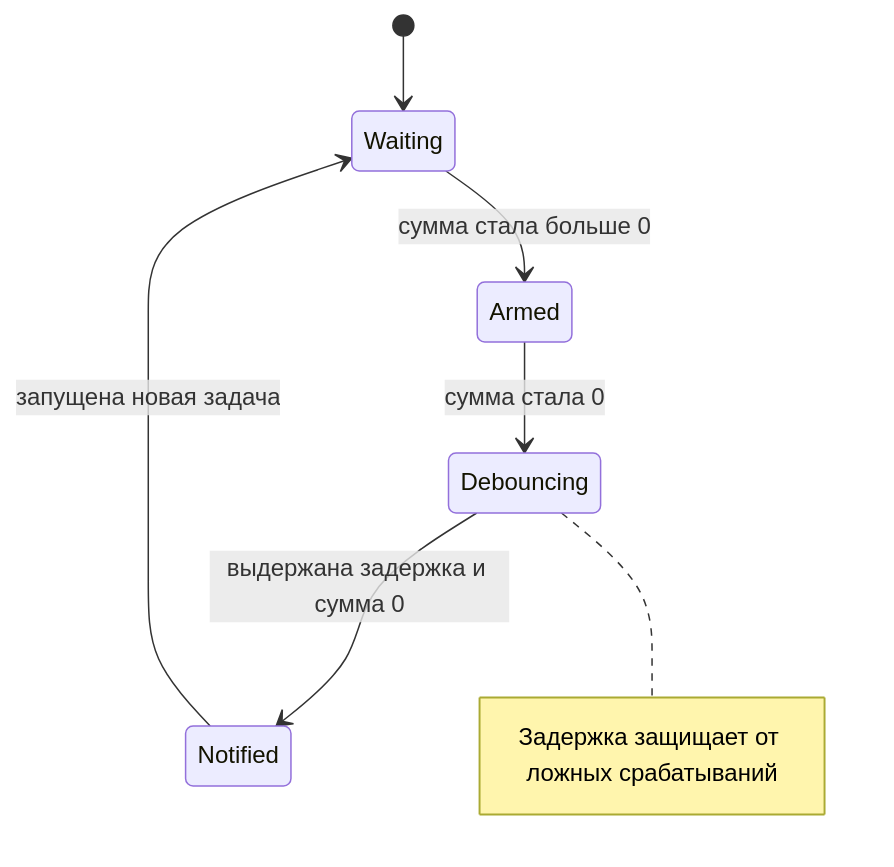
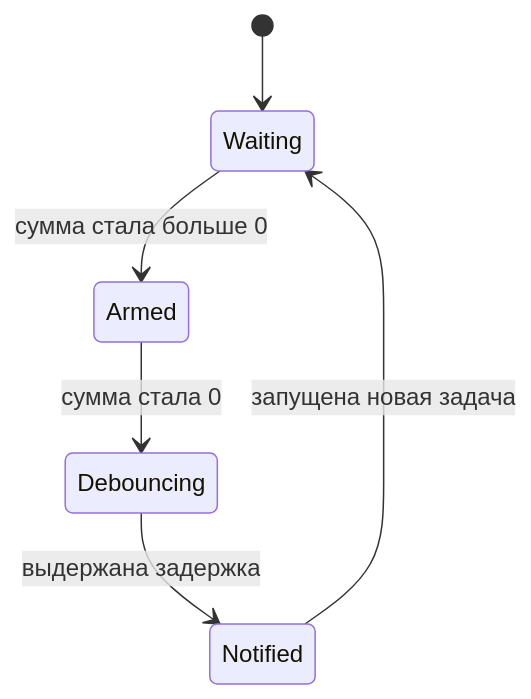
One commit to nicelight/Codexex changed the third of 5 diagrams in README.md. Above: the diagram before and after it, drawn with Mermaid. The commit also changed other lines of this file, not shown here.

Commit message:
Adjust 'How it works' diagram orientation

````diff
--- a/README.md
+++ b/README.md
@@ -167,12 +91,8 @@
 ```mermaid
 stateDiagram-v2
   [*] --> Waiting
   Waiting --> Armed: сумма стала больше 0
   Armed --> Debouncing: сумма стала 0
-  Debouncing --> Notified: выдержана задержка и сумма 0
+  Debouncing --> Notified: выдержана задержка
   Notified --> Waiting: запущена новая задача
-
-  note right of Debouncing
-    Задержка защищает от ложных срабатываний
-  end note
 ```
````
